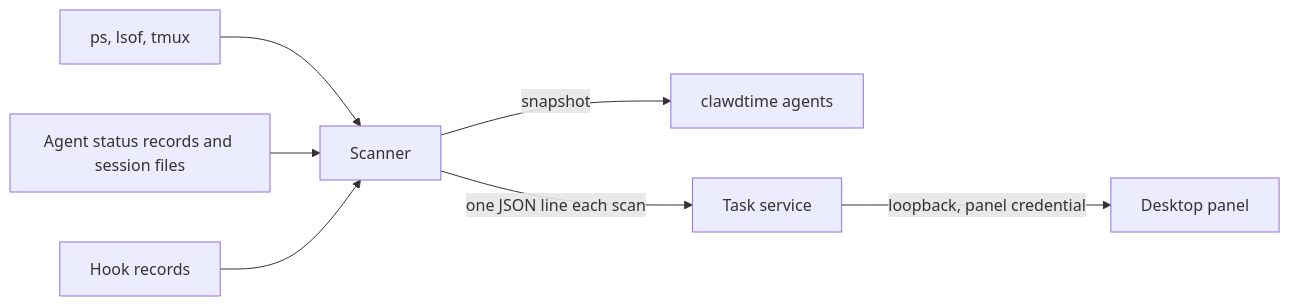
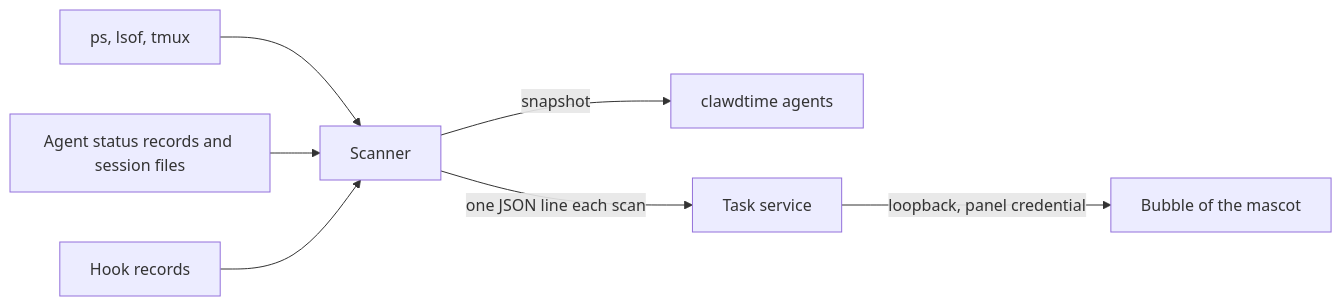
The diagram in docs/AGENT_BOARD.md (cherthq/clawdtime), drawn with Mermaid before and after one commit. The commit also changed other lines of this file and 9 other files, not shown here.

````diff
--- a/docs/AGENT_BOARD.md
+++ b/docs/AGENT_BOARD.md
@@ -190,9 +196,9 @@
 ```mermaid
 flowchart LR
   P[ps, lsof, tmux] --> S[Scanner]
   R[Agent status records and session files] --> S
   H[Hook records] --> S
   S -->|snapshot| C[clawdtime agents]
   S -->|one JSON line each scan| F[Task service]
-  F -->|loopback, panel credential| N[Desktop panel]
+  F -->|loopback, panel credential| N[Bubble of the mascot]
 ```
````
